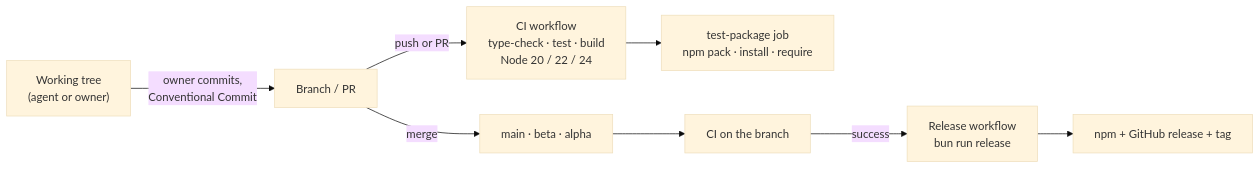
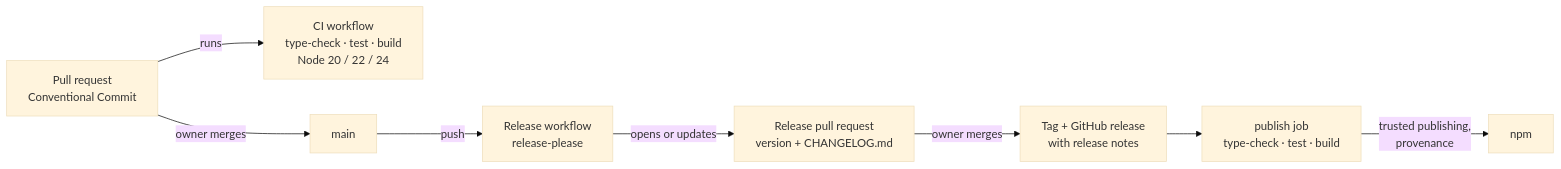
One commit to nepal-dev-com/docs.nepal-dev.com changed the diagram in content/nepali-number/maintainer-guide/release/releasing.mdx. Above: the diagram before and after it, drawn with Mermaid (base theme). The commit also changed other lines of this file and 9 other files, not shown here.

Commit message:
docs(nepali-number): ADR-0020, release with release-please and trusted publishing

````diff
--- a/content/nepali-number/maintainer-guide/release/releasing.mdx
+++ b/content/nepali-number/maintainer-guide/release/releasing.mdx
@@ -16,10 +16,10 @@
 ```mermaid
 flowchart LR
-  W["Working tree<br/>(agent or owner)"] -->|owner commits,<br/>Conventional Commit| B["Branch / PR"]
-  B -->|push or PR| CI["CI workflow<br/>type-check · test · build<br/>Node 20 / 22 / 24"]
-  CI --> PKG["test-package job<br/>npm pack · install · require"]
-  B -->|merge| M["main · beta · alpha"]
-  M --> CI2["CI on the branch"]
-  CI2 -->|success| R["Release workflow<br/>bun run release"]
-  R --> NPM["npm + GitHub release + tag"]
+  PR["Pull request<br/>Conventional Commit"] -->|runs| CI["CI workflow<br/>type-check · test · build<br/>Node 20 / 22 / 24"]
+  PR -->|owner merges| M["main"]
+  M -->|push| RP["Release workflow<br/>release-please"]
+  RP -->|opens or updates| RPR["Release pull request<br/>version + CHANGELOG.md"]
+  RPR -->|owner merges| TAG["Tag + GitHub release<br/>with release notes"]
+  TAG --> PUB["publish job<br/>type-check · test · build"]
+  PUB -->|trusted publishing,<br/>provenance| NPM["npm"]
 ```
````
